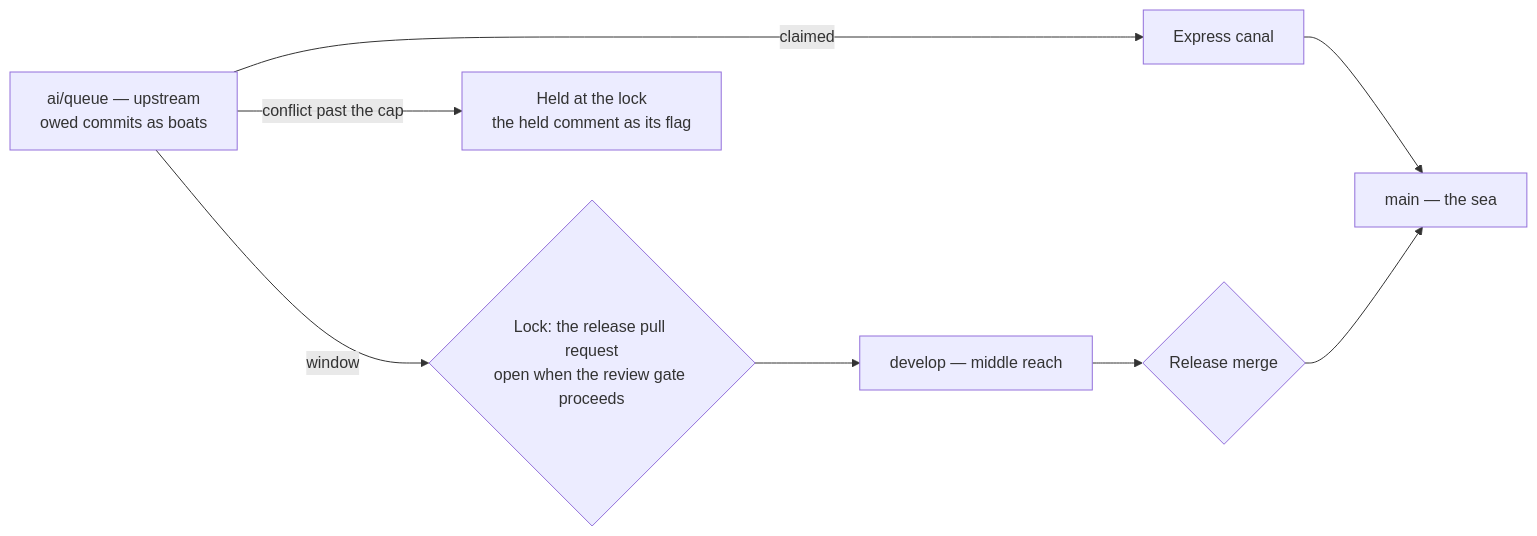
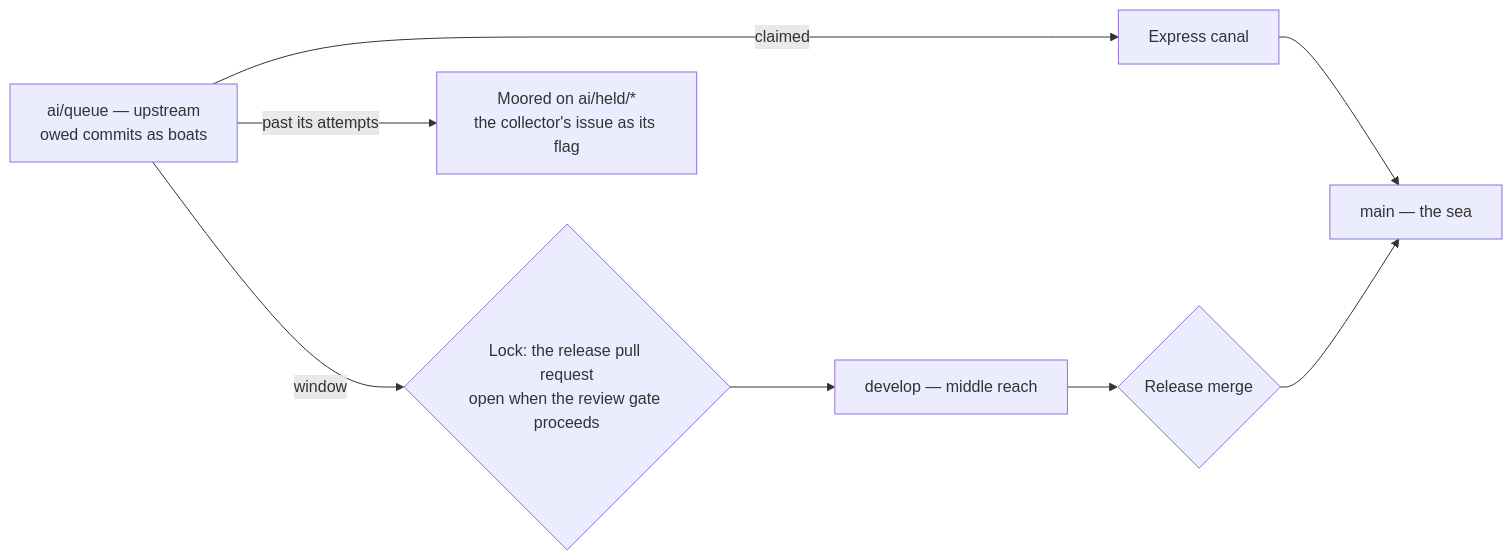
Before and after one commit to Esposter/Esposter: the diagram in apps/web/content/docs/proposals/infra/agent-console/collector-harbour.md, drawn with Mermaid. The commit also changed other lines of this file and 8 other files, not shown here.

First line of the commit message:
docs(review-collector): a commit past the sync's, the reshaper's or the fold's cap is parked on ai/held/<short-sha> with one issue, and every count is the bot's own through the base's path filters

````diff
--- a/apps/web/content/docs/proposals/infra/agent-console/collector-harbour.md
+++ b/apps/web/content/docs/proposals/infra/agent-console/collector-harbour.md
@@ -25,7 +25,7 @@
 ```mermaid
 flowchart LR
   Q[ai/queue — upstream<br/>owed commits as boats] -->|claimed| X[Express canal] --> M[main — the sea]
   Q -->|window| L{Lock: the release pull request<br/>open when the review gate proceeds}
   L --> D[develop — middle reach] --> R{Release merge} --> M
-  Q -->|conflict past the cap| H[Held at the lock<br/>the held comment as its flag]
+  Q -->|past its attempts| H[Moored on ai/held/*<br/>the collector's issue as its flag]
 ```
````
